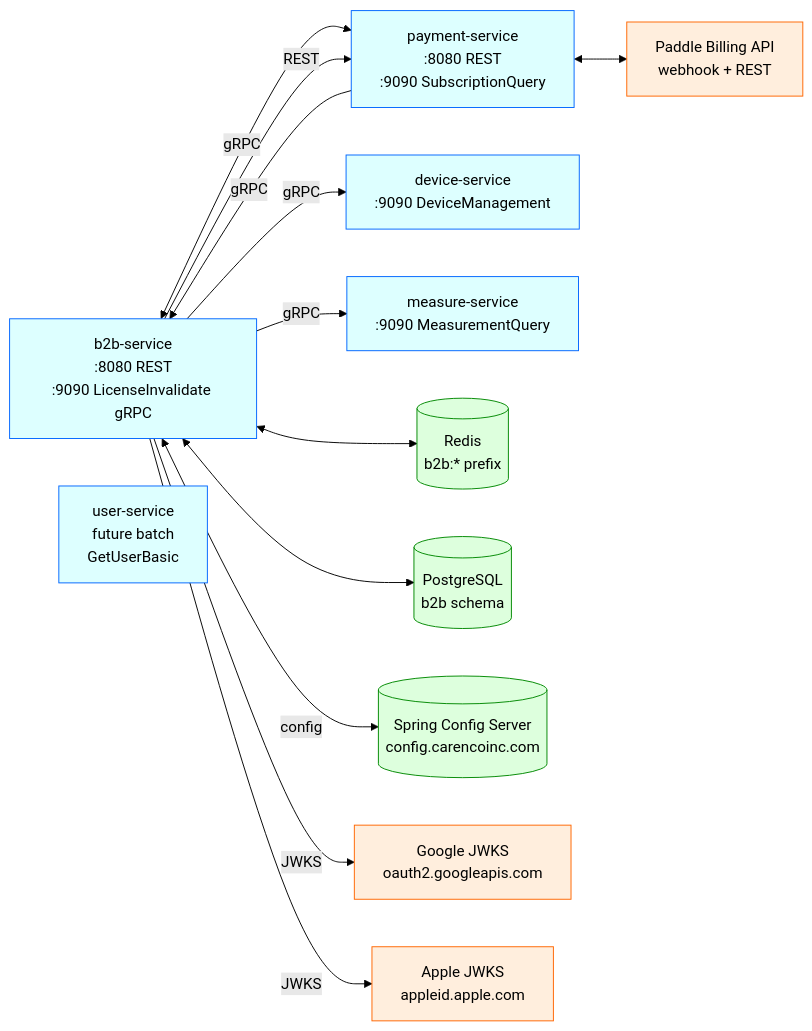
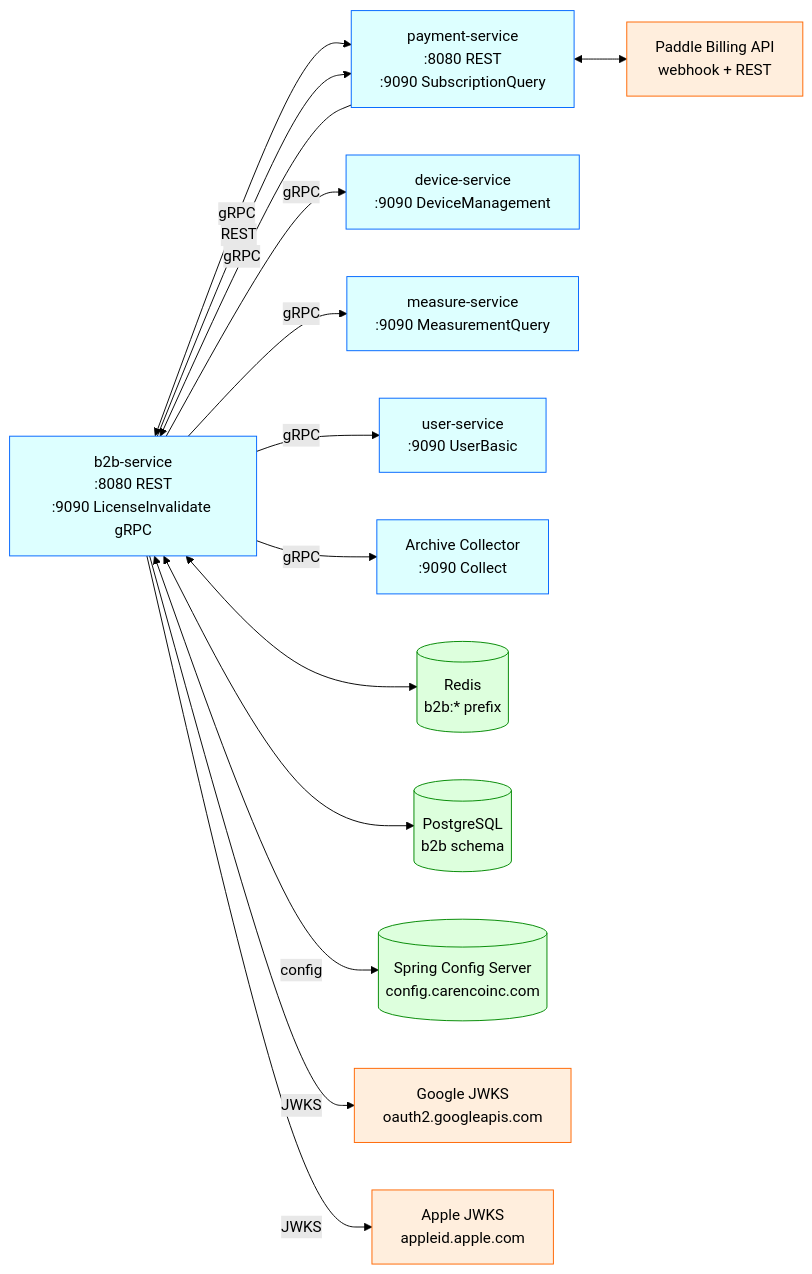
The ninth of 10 diagrams in docs/apis/b2b-service.md (Care-Co/Documents-Repository), drawn with Mermaid (forest theme) before and after one commit. The commit also changed other lines of this file, not shown here.

Commit message:
Update B2B Service API documentation with new request/response samples, revised endpoint catalog, and additional details on user and organization management features.

````diff
--- a/docs/apis/b2b-service.md
+++ b/docs/apis/b2b-service.md
@@ -621,32 +1991,35 @@
 ```mermaid
 flowchart LR
     classDef internal fill:#dff,stroke:#06f
     classDef external fill:#fed,stroke:#f60
     classDef infra fill:#dfd,stroke:#080
 
     B2B[b2b-service\n:8080 REST\n:9090 LicenseInvalidate gRPC]:::internal
     PAY[payment-service\n:8080 REST\n:9090 SubscriptionQuery]:::internal
     DEV[device-service\n:9090 DeviceManagement]:::internal
     MEAS[measure-service\n:9090 MeasurementQuery]:::internal
-    USER[user-service\nfuture batch\nGetUserBasic]:::internal
+    USER[user-service\n:9090 UserBasic]:::internal
+    ARC[Archive Collector\n:9090 Collect]:::internal
 
     REDIS[(Redis\nb2b:* prefix)]:::infra
     PG[(PostgreSQL\nb2b schema)]:::infra
     CONFIG[(Spring Config Server\nconfig.carencoinc.com)]:::infra
 
     PADDLE[Paddle Billing API\nwebhook + REST]:::external
     GOOGLE[Google JWKS\noauth2.googleapis.com]:::external
     APPLE[Apple JWKS\nappleid.apple.com]:::external
 
     B2B <--> REDIS
     B2B <--> PG
     B2B <-- gRPC --> PAY
     B2B -- REST --> PAY
     B2B -- gRPC --> DEV
     B2B -- gRPC --> MEAS
+    B2B -- gRPC --> USER
+    B2B -- gRPC --> ARC
     PAY -- gRPC --> B2B
     PAY <--> PADDLE
     B2B -- JWKS --> GOOGLE
     B2B -- JWKS --> APPLE
     B2B <-- config --> CONFIG
 ```
````
